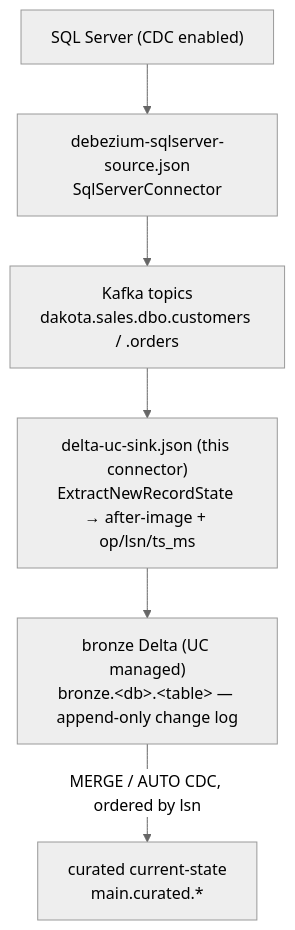
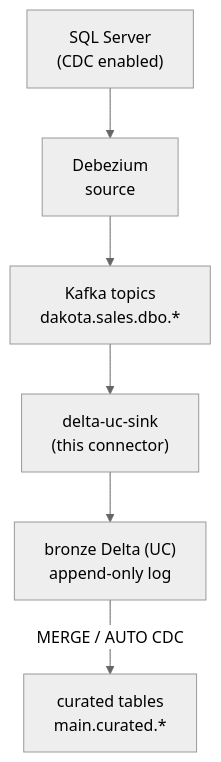
The diagram in examples/README.md (DakotaOSS/kafka-connect-delta-uc), drawn with Mermaid (neutral theme) before and after one commit. The commit also changed 1 other file, not shown here.

Commit message:
docs: shorten mermaid node labels so the diagrams stop clipping in narrow views
graph TD makes the column as wide as the longest node label; ~38-char labels overflowed and
GitHub clipped instead of scrolling. Trim every node to <=~20 chars/line (detail stays in the prose).

````diff
--- a/examples/README.md
+++ b/examples/README.md
@@ -6,12 +6,12 @@
 ```mermaid
 graph TD
-    SQL["SQL Server (CDC enabled)"]
-    DBZ["debezium-sqlserver-source.json<br/>SqlServerConnector"]
-    KAFKA["Kafka topics<br/>dakota.sales.dbo.customers / .orders"]
-    SINK["delta-uc-sink.json (this connector)<br/>ExtractNewRecordState → after-image + op/lsn/ts_ms"]
-    BRONZE["bronze Delta (UC managed)<br/>bronze.&lt;db&gt;.&lt;table&gt; — append-only change log"]
-    CUR["curated current-state<br/>main.curated.*"]
+    SQL["SQL Server<br/>(CDC enabled)"]
+    DBZ["Debezium<br/>source"]
+    KAFKA["Kafka topics<br/>dakota.sales.dbo.*"]
+    SINK["delta-uc-sink<br/>(this connector)"]
+    BRONZE["bronze Delta (UC)<br/>append-only log"]
+    CUR["curated tables<br/>main.curated.*"]
 
     SQL --> DBZ --> KAFKA --> SINK --> BRONZE
-    BRONZE -->|"MERGE / AUTO CDC, ordered by lsn"| CUR
+    BRONZE -->|"MERGE / AUTO CDC"| CUR
 ```
````
